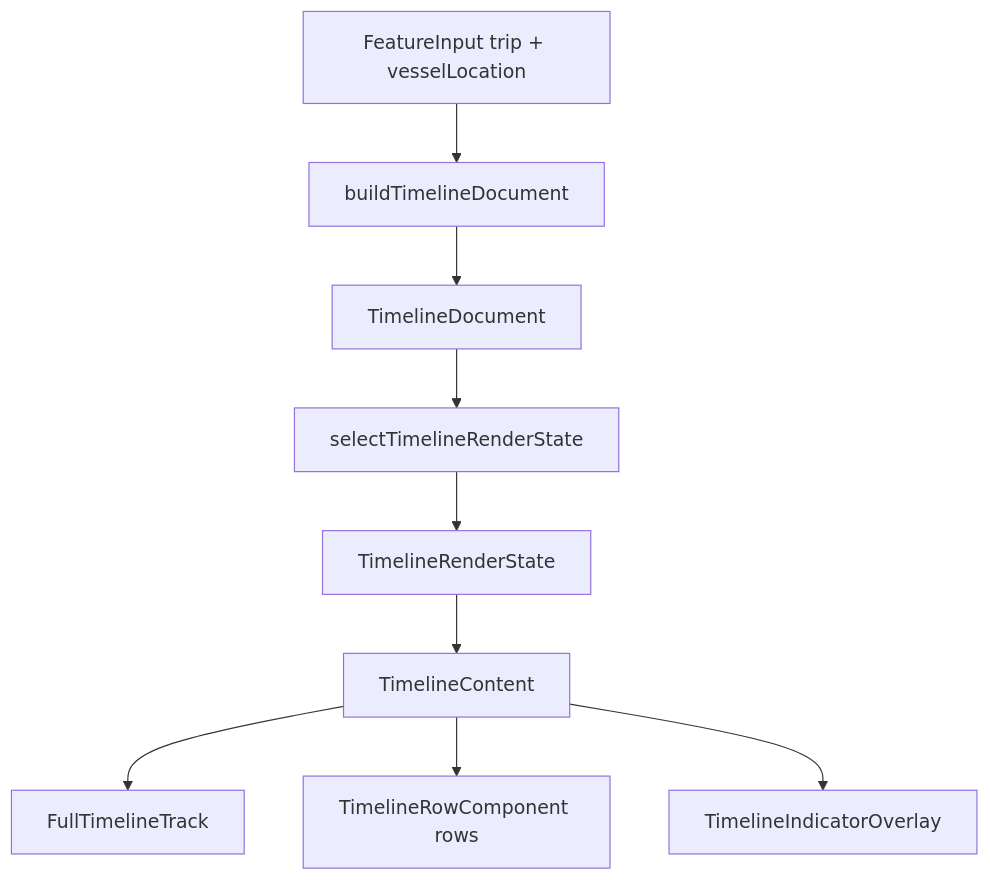
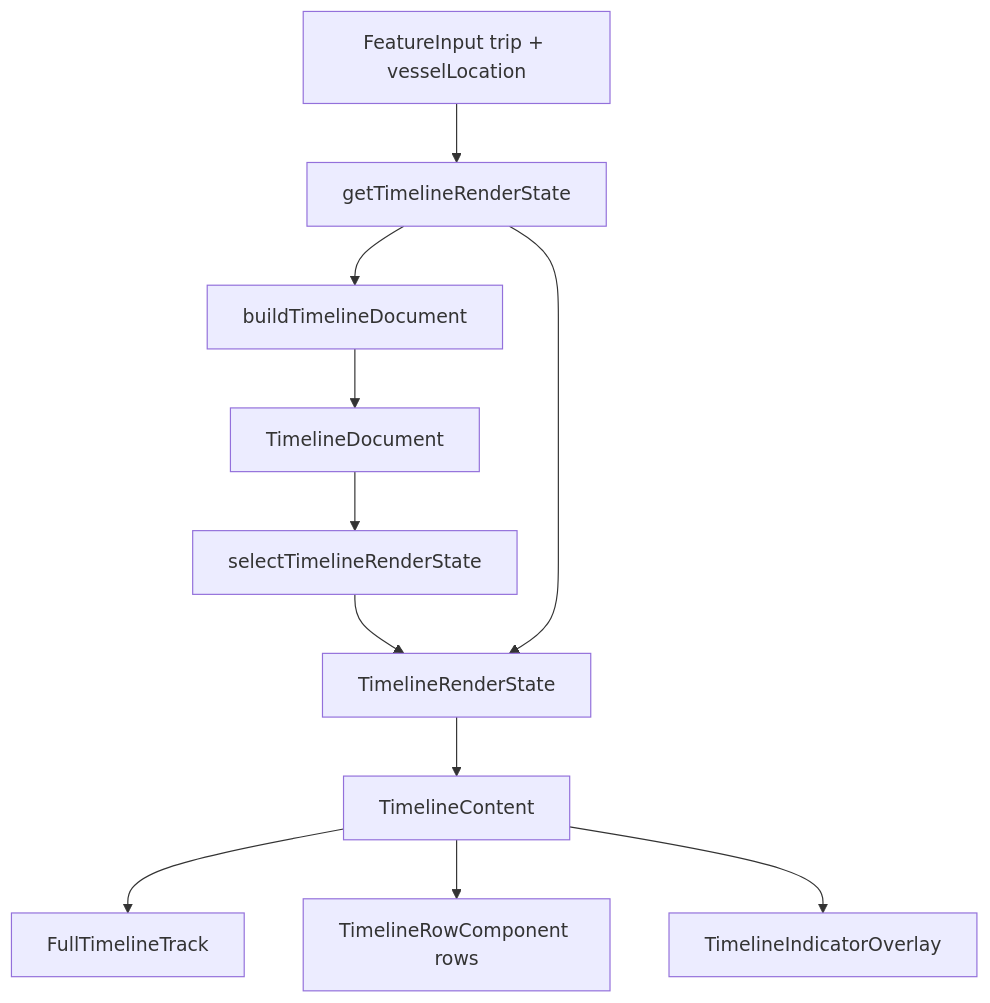
Before and after one commit to RobJacobson/ferryjoy-client-neo: the diagram in src/features/VesselTripTimeline/LAYOUT_ARCHITECTURE.md, drawn with Mermaid. The commit also changed other lines of this file and 17 other files, not shown here.

First line of the commit message:
refactor: streamline timeline components and remove unused files

````diff
--- a/src/features/VesselTripTimeline/LAYOUT_ARCHITECTURE.md
+++ b/src/features/VesselTripTimeline/LAYOUT_ARCHITECTURE.md
@@ -11,11 +15,13 @@
 ```mermaid
 flowchart TD
-  featureInput[FeatureInput trip + vesselLocation] --> documentBuilder[buildTimelineDocument]
+  featureInput[FeatureInput trip + vesselLocation] --> getRenderState[getTimelineRenderState]
+  getRenderState --> documentBuilder[buildTimelineDocument]
   documentBuilder --> timelineDocument[TimelineDocument]
   timelineDocument --> renderSelector[selectTimelineRenderState]
   renderSelector --> renderState[TimelineRenderState]
+  getRenderState --> renderState
   renderState --> timelineContent[TimelineContent]
   timelineContent --> fullTrack[FullTimelineTrack]
   timelineContent --> rowShells[TimelineRowComponent rows]
   timelineContent --> overlayLayer[TimelineIndicatorOverlay]
 ```
````
